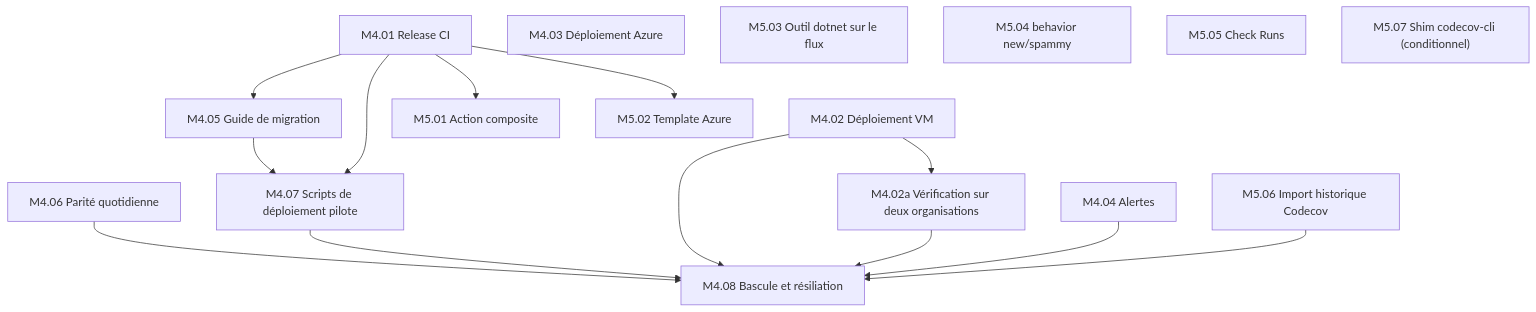
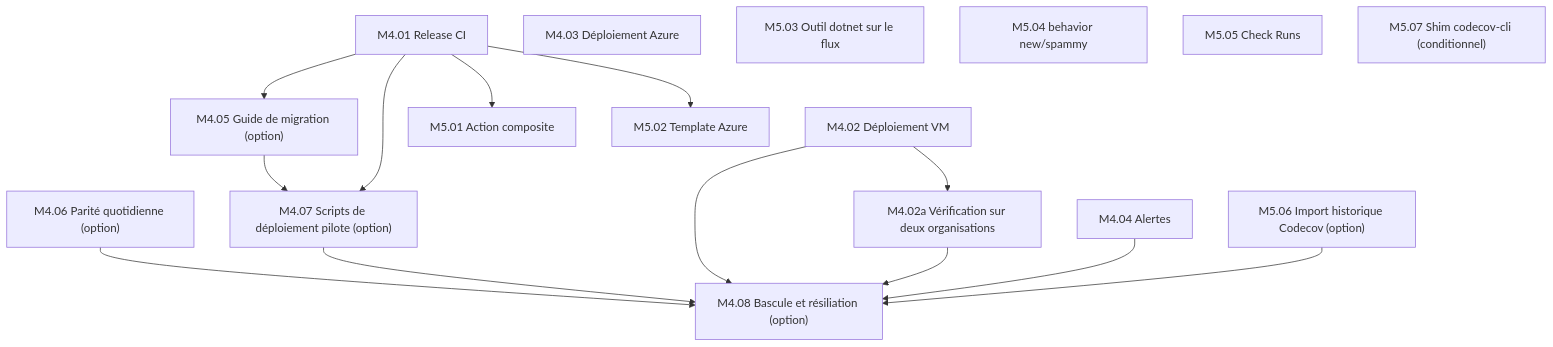
The sixth of 6 diagrams in docs/PLAN.md (gaetanthouvenin/code-coverage), drawn with Mermaid before and after one commit. The commit also changed other lines of this file and 1 other file, not shown here.

First line of the commit message:
docs(plan): 📝 Rewrite M4 as going to production, with the Codecov migration as an option

````diff
--- a/docs/PLAN.md
+++ b/docs/PLAN.md
@@ -431,23 +431,23 @@
 ```mermaid
 graph TD
   M4_01["M4.01 Release CI"]
   M4_02["M4.02 Déploiement VM"]
   M4_03["M4.03 Déploiement Azure"]
   M4_04["M4.04 Alertes"]
-  M4_05["M4.05 Guide de migration"] --> M4_07["M4.07 Scripts de déploiement pilote"]
-  M4_06["M4.06 Parité quotidienne"] --> M4_08["M4.08 Bascule et résiliation"]
+  M4_05["M4.05 Guide de migration (option)"] --> M4_07["M4.07 Scripts de déploiement pilote (option)"]
+  M4_06["M4.06 Parité quotidienne (option)"] --> M4_08["M4.08 Bascule et résiliation (option)"]
   M4_07 --> M4_08
   M4_01 --> M4_07
   M4_01 --> M4_05
   M4_02 --> M4_08
   M4_02 --> M4_02a["M4.02a Vérification sur deux organisations"]
   M4_02a --> M4_08
   M4_04 --> M4_08
   M4_01 --> M5_01["M5.01 Action composite"]
   M4_01 --> M5_02["M5.02 Template Azure"]
   M5_03["M5.03 Outil dotnet sur le flux"]
   M5_04["M5.04 behavior new/spammy"]
   M5_05["M5.05 Check Runs"]
-  M5_06["M5.06 Import historique Codecov"] --> M4_08
+  M5_06["M5.06 Import historique Codecov (option)"] --> M4_08
   M5_07["M5.07 Shim codecov-cli (conditionnel)"]
 ```
````
